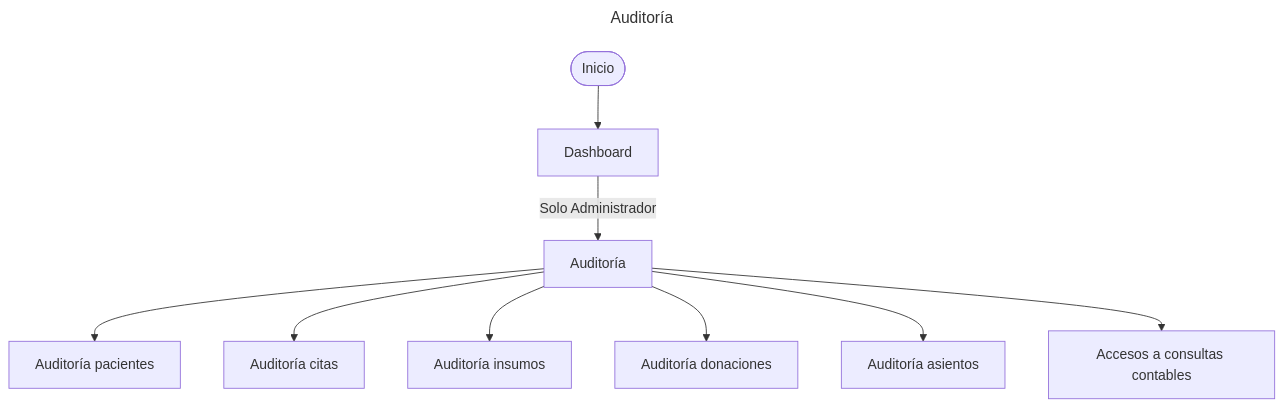
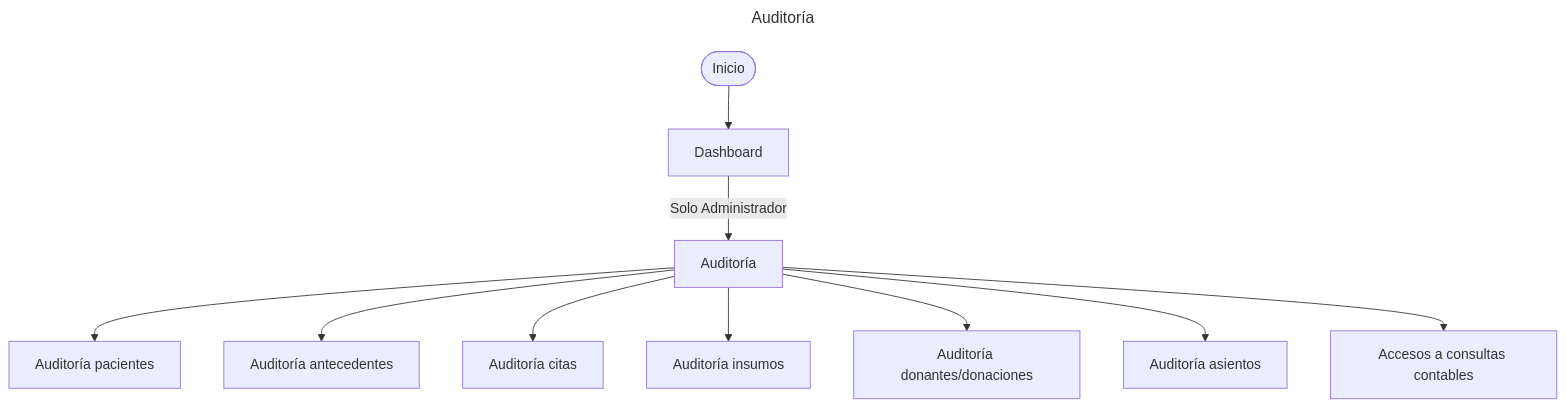
Before and after one commit to DaikoneKisu/san-martin-de-porres-parish-pharmacy-community-service: the diagram in docs/per-module/audit/user-flows/audits.mermaid, drawn with Mermaid. The commit also changed 5 other files, not shown here.

Commit message:
chore: update user flow diagrams for accounting, admin, audit, donation, inventory, and medical modules

```diff
--- a/docs/per-module/audit/user-flows/audits.mermaid
+++ b/docs/per-module/audit/user-flows/audits.mermaid
@@ -1,12 +1,14 @@
 ---
 title: Auditoría
 ---
 flowchart TD
-  S([Inicio]) --> DASH[Dashboard]
-  DASH -->|Solo Administrador| AUD[Auditoría]
-  AUD --> AUD_PAC[Auditoría pacientes]
-  AUD --> AUD_CIT[Auditoría citas]
-  AUD --> AUD_INS[Auditoría insumos]
-  AUD --> AUD_DON[Auditoría donaciones]
-  AUD --> AUD_CONT[Auditoría asientos]
-  AUD --> AUD_ACC[Accesos a consultas contables]
+    S([Inicio]) --> DASH[Dashboard]
+    DASH -->|Solo Administrador| AUD[Auditoría]
+
+    AUD --> AUD_PAC[Auditoría pacientes]
+    AUD --> AUD_ANT[Auditoría antecedentes]
+    AUD --> AUD_CIT[Auditoría citas]
+    AUD --> AUD_INS[Auditoría insumos]
+    AUD --> AUD_DON[Auditoría donantes/donaciones]
+    AUD --> AUD_ASI[Auditoría asientos]
+    AUD --> AUD_ACC[Accesos a consultas contables]
```
